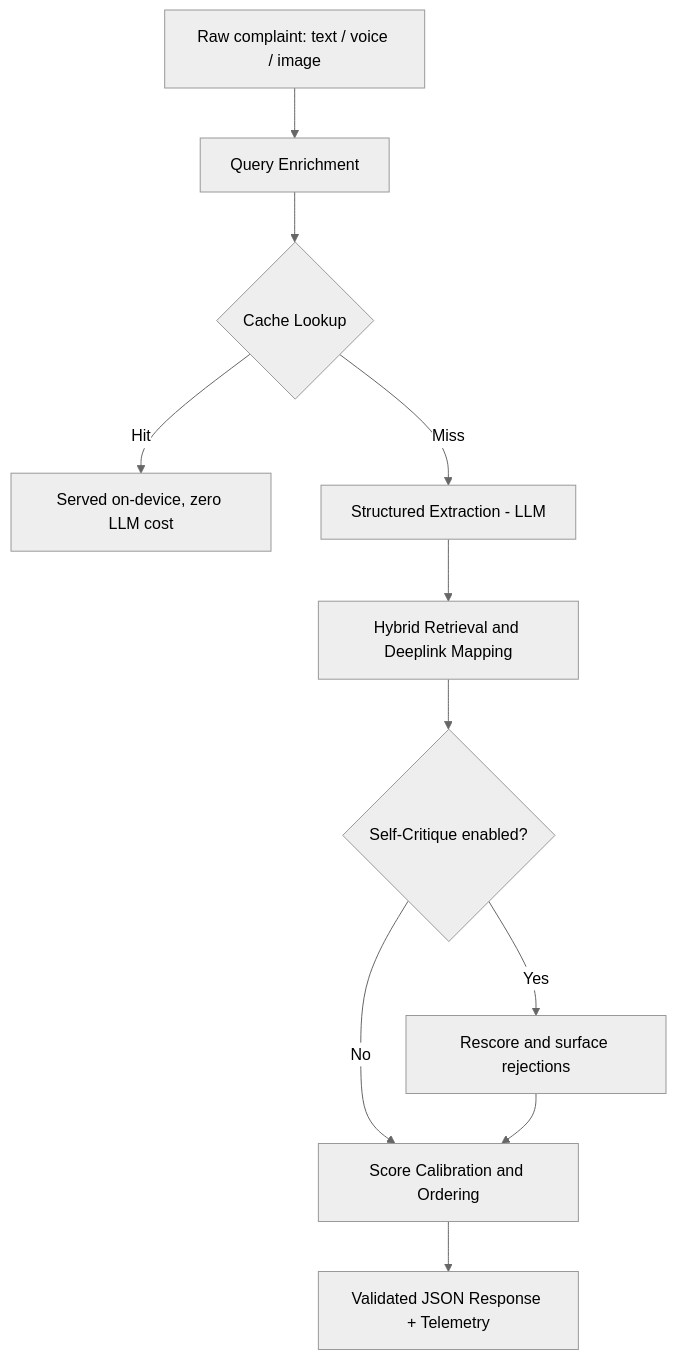
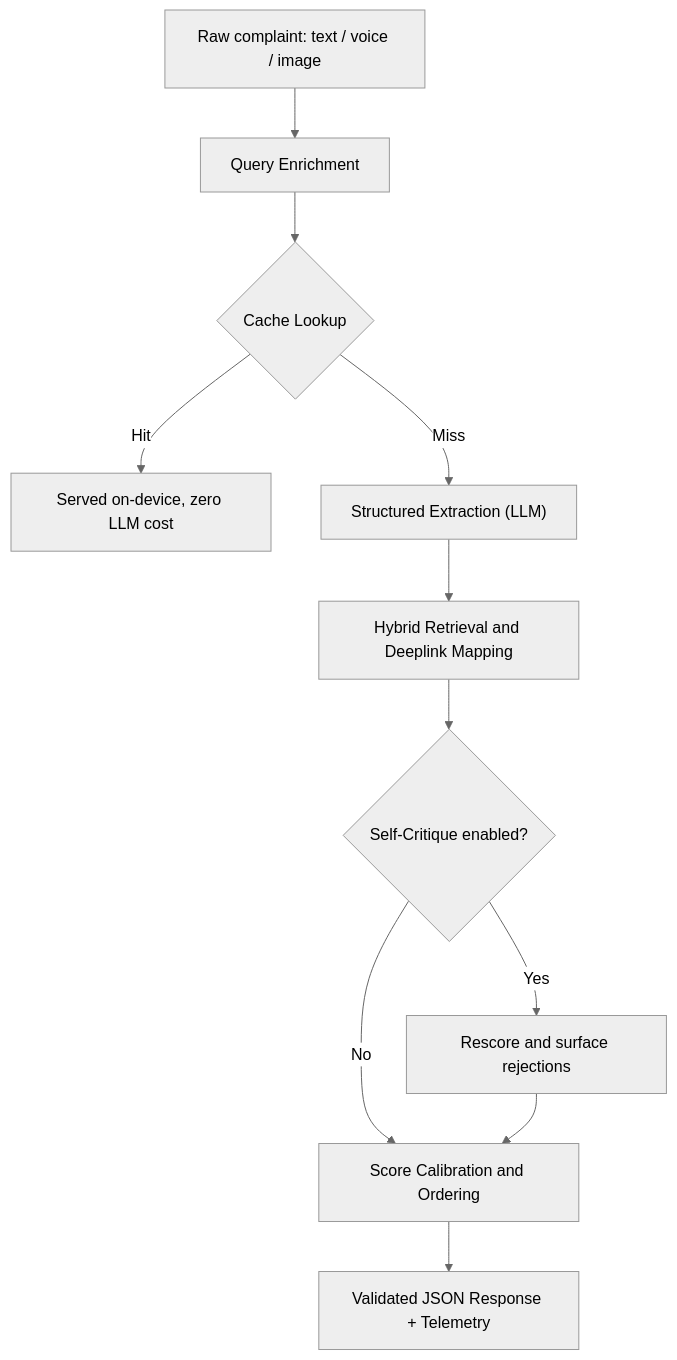
The diagram in README.md (manya-singh7/Sentry), drawn with Mermaid (neutral theme) before and after one commit. The commit also changed other lines of this file and 1 other file, not shown here.

````diff
--- a/README.md
+++ b/README.md
@@ -27,13 +68,13 @@
 ```mermaid
 flowchart TD
-    A[Raw complaint: text / voice / image] --> B[Query Enrichment]
-    B --> C{Cache Lookup}
-    C -->|Hit| D[Served on-device, zero LLM cost]
-    C -->|Miss| E[Structured Extraction - LLM]
-    E --> F[Hybrid Retrieval and Deeplink Mapping]
-    F --> G{Self-Critique enabled?}
-    G -->|Yes| H[Rescore and surface rejections]
-    G -->|No| I[Score Calibration and Ordering]
+    A["Raw complaint: text / voice / image"] --> B["Query Enrichment"]
+    B --> C{"Cache Lookup"}
+    C -->|Hit| D["Served on-device, zero LLM cost"]
+    C -->|Miss| E["Structured Extraction (LLM)"]
+    E --> F["Hybrid Retrieval and Deeplink Mapping"]
+    F --> G{"Self-Critique enabled?"}
+    G -->|Yes| H["Rescore and surface rejections"]
+    G -->|No| I["Score Calibration and Ordering"]
     H --> I
-    I --> J[Validated JSON Response + Telemetry]
+    I --> J["Validated JSON Response + Telemetry"]
 ```
````
